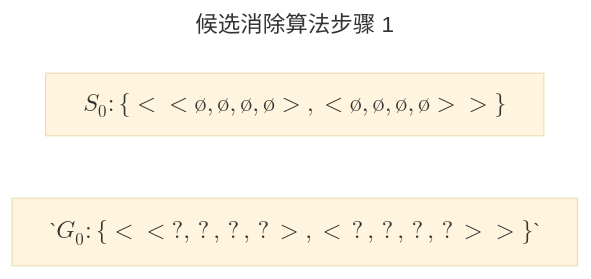
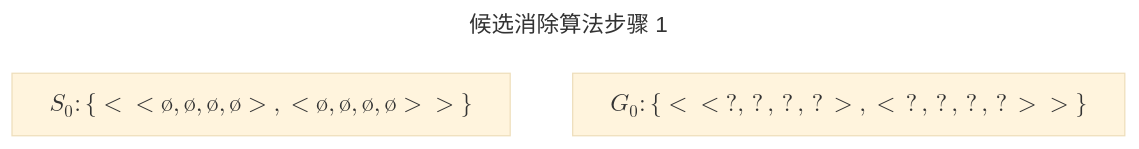
The first of 3 diagrams in src/posts/第二章 概念学习和一般到特殊序/2.5.md (Jeff-Tian/ml), drawn with Mermaid (base theme) before and after one commit. The commit also changed other lines of this file and 1 other file, not shown here.

````diff
--- a/src/posts/第二章 概念学习和一般到特殊序/2.5.md
+++ b/src/posts/第二章 概念学习和一般到特殊序/2.5.md
@@ -48,8 +48,8 @@
     ```mermaid
     ---
     title: 候选消除算法步骤 1
     ---
-    graph LR
+    graph TD
         s0[$$S_0: \lbrace \lt \lt ø, ø, ø, ø \gt, \lt ø, ø, ø, ø\gt \gt \rbrace $$]
-        g0[`$$G_0: \lbrace \lt \lt \text ?, ?, ?, ?\gt , \lt ?, ?, ?, ? \gt \gt \rbrace $$`]
+        g0[$$G_0: \lbrace \lt \lt \text ?, ?, ?, ?\gt , \lt ?, ?, ?, ? \gt \gt \rbrace $$]
     ```
````
